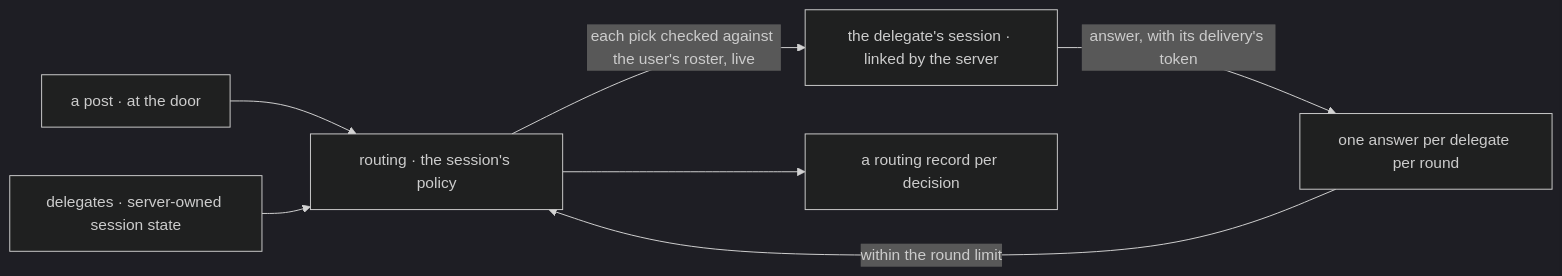
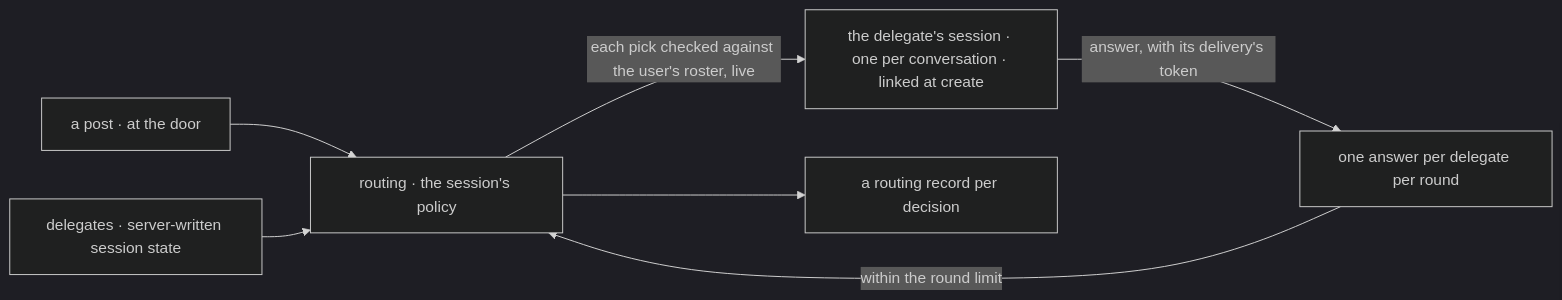
The second of 2 diagrams in specs/issues/FIX-1791/SPEC.md (fixpoint-labs/flow-state-dev), drawn with Mermaid (dark theme) before and after one commit. The commit also changed other lines of this file and 7 other files, not shown here.

First line of the commit message:
spec(FIX-1791): amendment · align to FIX-1788 (create-time link, ensureWorkerSession)

````diff
--- a/specs/issues/FIX-1791/SPEC.md
+++ b/specs/issues/FIX-1791/SPEC.md
@@ -97,9 +105,9 @@
 ```mermaid
 flowchart LR
   P["a post · at the door"] --> R["routing · the session's policy"]
-  D["delegates · server-owned session state"] --> R
-  R -->|"each pick checked against the user's roster, live"| L["the delegate's session · linked by the server"]
+  D["delegates · server-written session state"] --> R
+  R -->|"each pick checked against the user's roster, live"| L["the delegate's session · one per conversation · linked at create"]
   L -->|"answer, with its delivery's token"| A["one answer per delegate per round"]
   A -->|"within the round limit"| R
   R --> K["a routing record per decision"]
 ```
````
